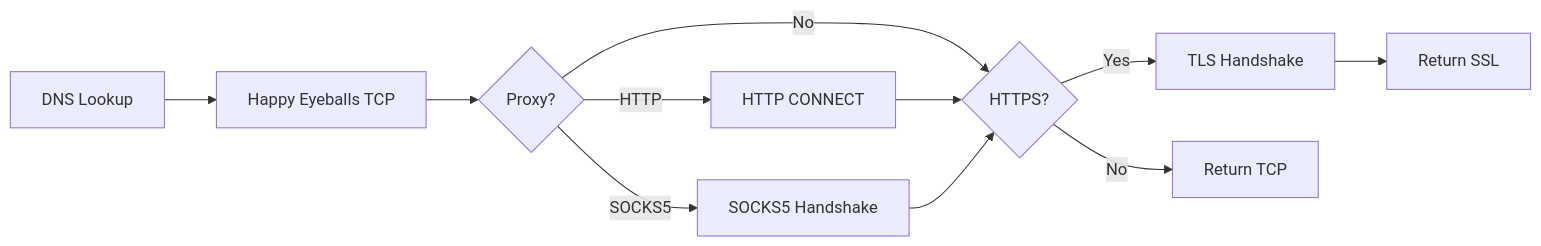
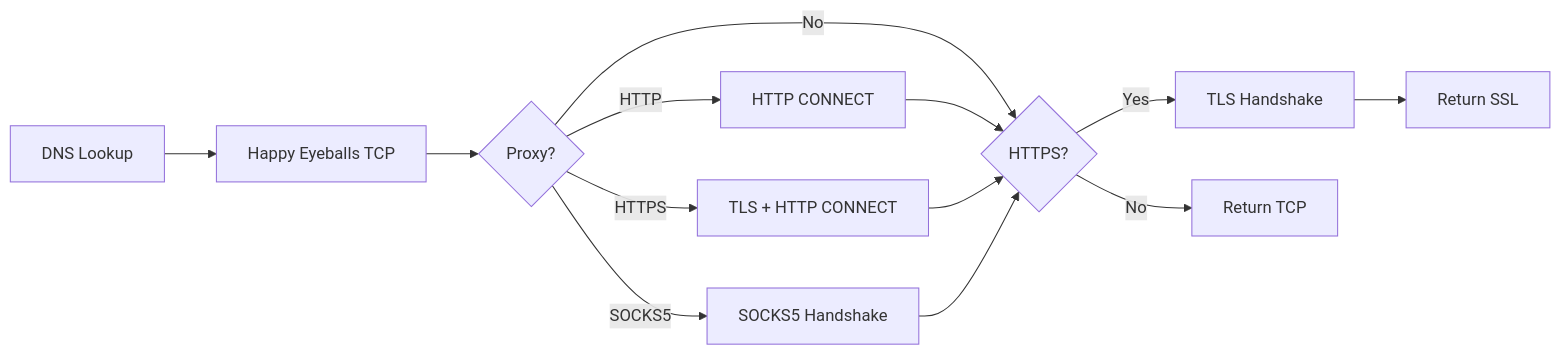
One commit to devanjumg70/gdlraw changed the diagram in chromenet/docs/socket.md. Above: the diagram before and after it, drawn with Mermaid. The commit also changed other lines of this file and 5 other files, not shown here.

Commit message:
docs: Add TLS security documentation for HSTS, certificate pinning, and CT verification, and update architecture overview.

````diff
--- a/chromenet/docs/socket.md
+++ b/chromenet/docs/socket.md
@@ -65,13 +62,15 @@
 ```mermaid
 graph LR
     A[DNS Lookup] --> B[Happy Eyeballs TCP]
     B --> C{Proxy?}
     C -->|HTTP| D[HTTP CONNECT]
+    C -->|HTTPS| D2[TLS + HTTP CONNECT]
     C -->|SOCKS5| E[SOCKS5 Handshake]
     C -->|No| F{HTTPS?}
     D --> F
+    D2 --> F
     E --> F
     F -->|Yes| G[TLS Handshake]
     F -->|No| H[Return TCP]
     G --> I[Return SSL]
 ```
````
